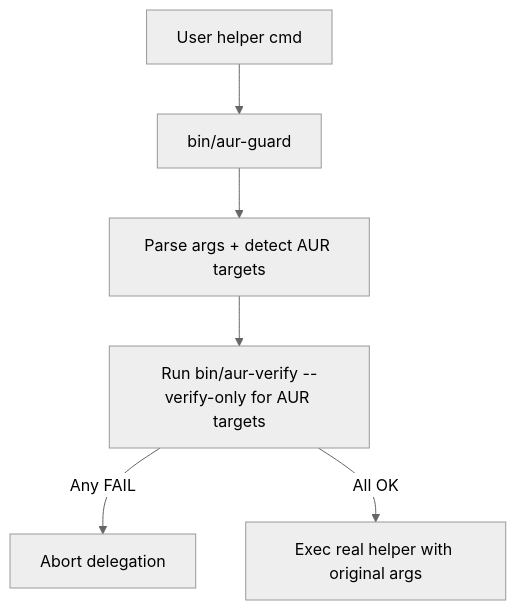
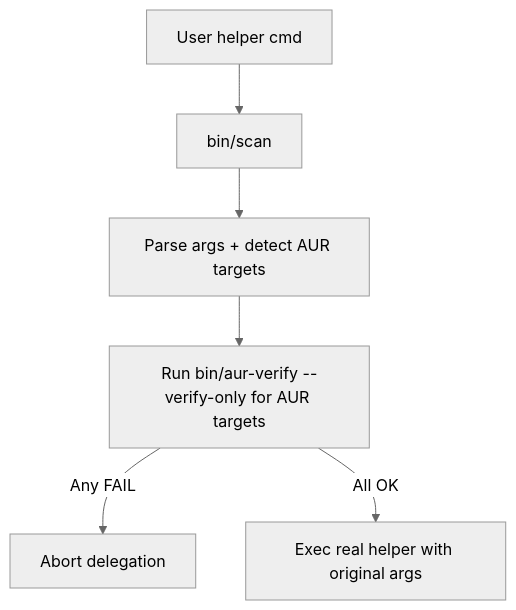
Before and after one commit to LuigiD5555/aur_scanner: diagram 14 of 15 in docs/developer/README.dev.md, drawn with Mermaid (neutral theme). The commit also changed other lines of this file and 1 other file, not shown here.

Commit message:
Expand developer docs with scan wrapper and shim workflow

````diff
--- a/docs/developer/README.dev.md
+++ b/docs/developer/README.dev.md
@@ -697,8 +951,8 @@
 ```mermaid
 flowchart TD
-    UserCmd[User helper cmd] --> Guard[bin/aur-guard]
+    UserCmd[User helper cmd] --> Guard[bin/scan]
     Guard --> Parse[Parse args + detect AUR targets]
     Parse --> Verify[Run bin/aur-verify --verify-only for AUR targets]
     Verify -->|Any FAIL| Abort[Abort delegation]
     Verify -->|All OK| Delegate[Exec real helper with original args]
 ```
````
